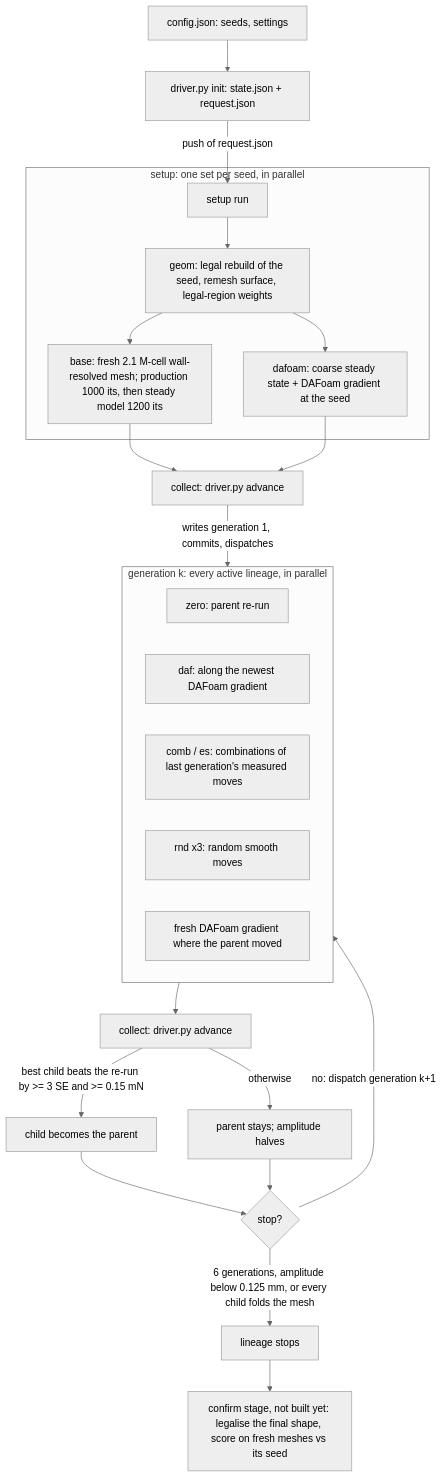
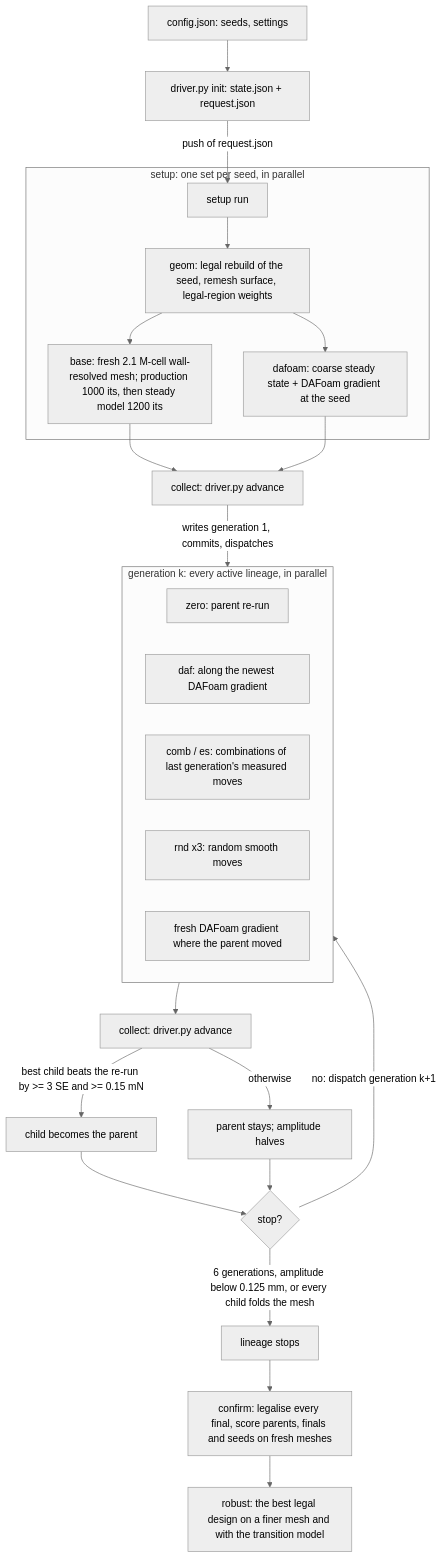
The diagram in seedhybrid/GUIDE.md (mxnviir/stem-racing-evolution), drawn with Mermaid (neutral theme) before and after one commit. The commit also changed other lines of this file and 7 other files, not shown here.

First line of the commit message:
seedhybrid: confirm and robust stages (legalise, fresh-mesh scoring of parents, finals and seeds; winner on finer mesh and transition model); claims section in the analysis; docs

````diff
--- a/seedhybrid/GUIDE.md
+++ b/seedhybrid/GUIDE.md
@@ -69,28 +69,29 @@
 ```mermaid
 flowchart TD
     A[config.json: seeds, settings] --> B[driver.py init: state.json + request.json]
     B -->|push of request.json| C[setup run]
     subgraph setup [setup: one set per seed, in parallel]
       C --> G[geom: legal rebuild of the seed, remesh surface, legal-region weights]
       G --> BS[base: fresh 2.1 M-cell wall-resolved mesh; production 1000 its, then steady model 1200 its]
       G --> D0[dafoam: coarse steady state + DAFoam gradient at the seed]
     end
     BS --> K[collect: driver.py advance]
     D0 --> K
     K -->|writes generation 1, commits, dispatches| GEN
     subgraph GEN [generation k: every active lineage, in parallel]
       Z[zero: parent re-run]
       DA[daf: along the newest DAFoam gradient]
       CB[comb / es: combinations of last generation's measured moves]
       RN[rnd x3: random smooth moves]
       FD[fresh DAFoam gradient where the parent moved]
     end
     GEN --> K2[collect: driver.py advance]
     K2 -->|best child beats the re-run by >= 3 SE and >= 0.15 mN| ACC[child becomes the parent]
     K2 -->|otherwise| HALF[parent stays; amplitude halves]
     ACC --> NEXT{stop?}
     HALF --> NEXT
     NEXT -->|no: dispatch generation k+1| GEN
     NEXT -->|6 generations, amplitude below 0.125 mm, or every child folds the mesh| END[lineage stops]
-    END --> CONF[confirm stage, not built yet: legalise the final shape, score on fresh meshes vs its seed]
+    END --> CONF[confirm: legalise every final, score parents, finals and seeds on fresh meshes]
+    CONF --> ROB[robust: the best legal design on a finer mesh and with the transition model]
 ```
````
